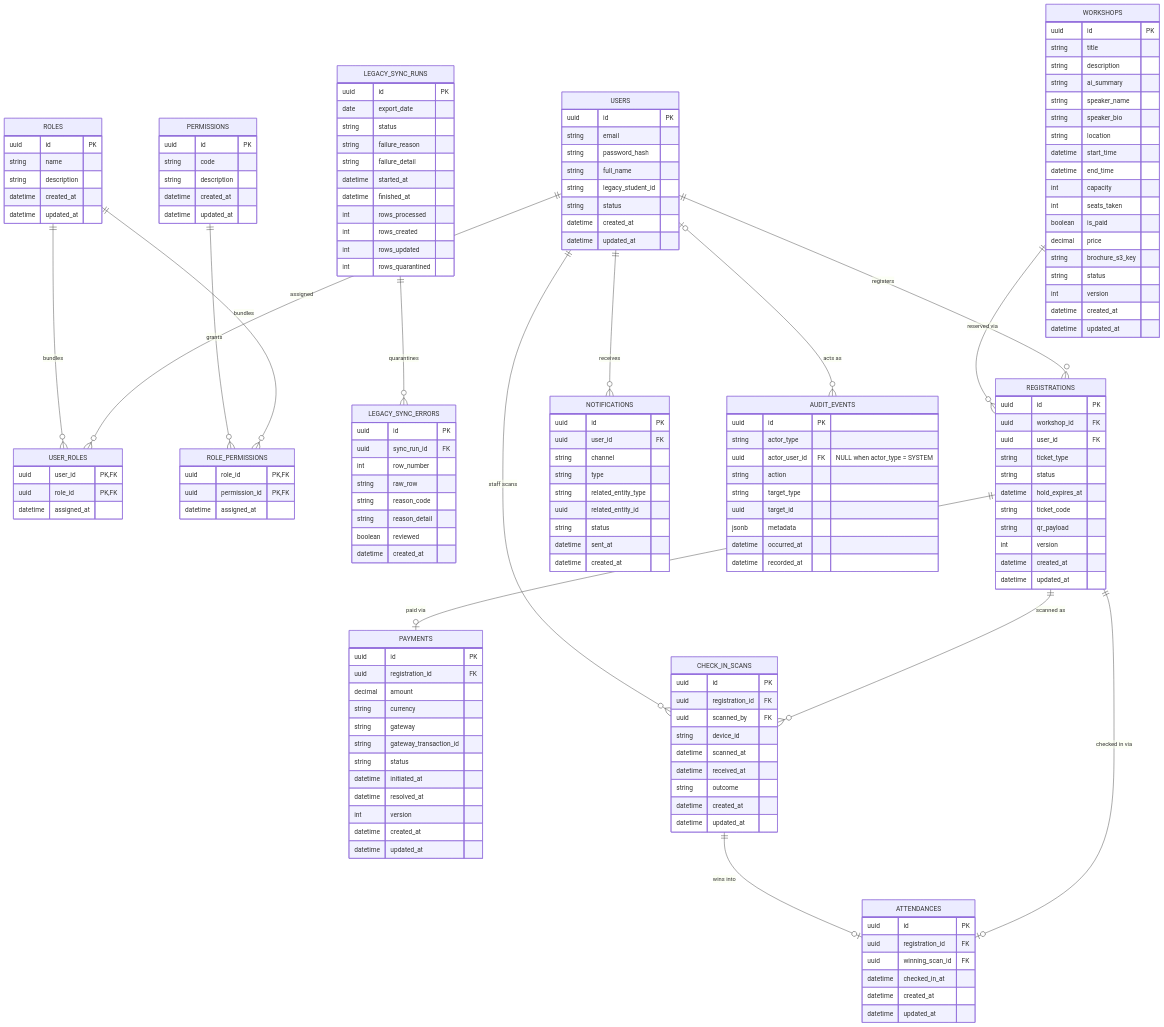
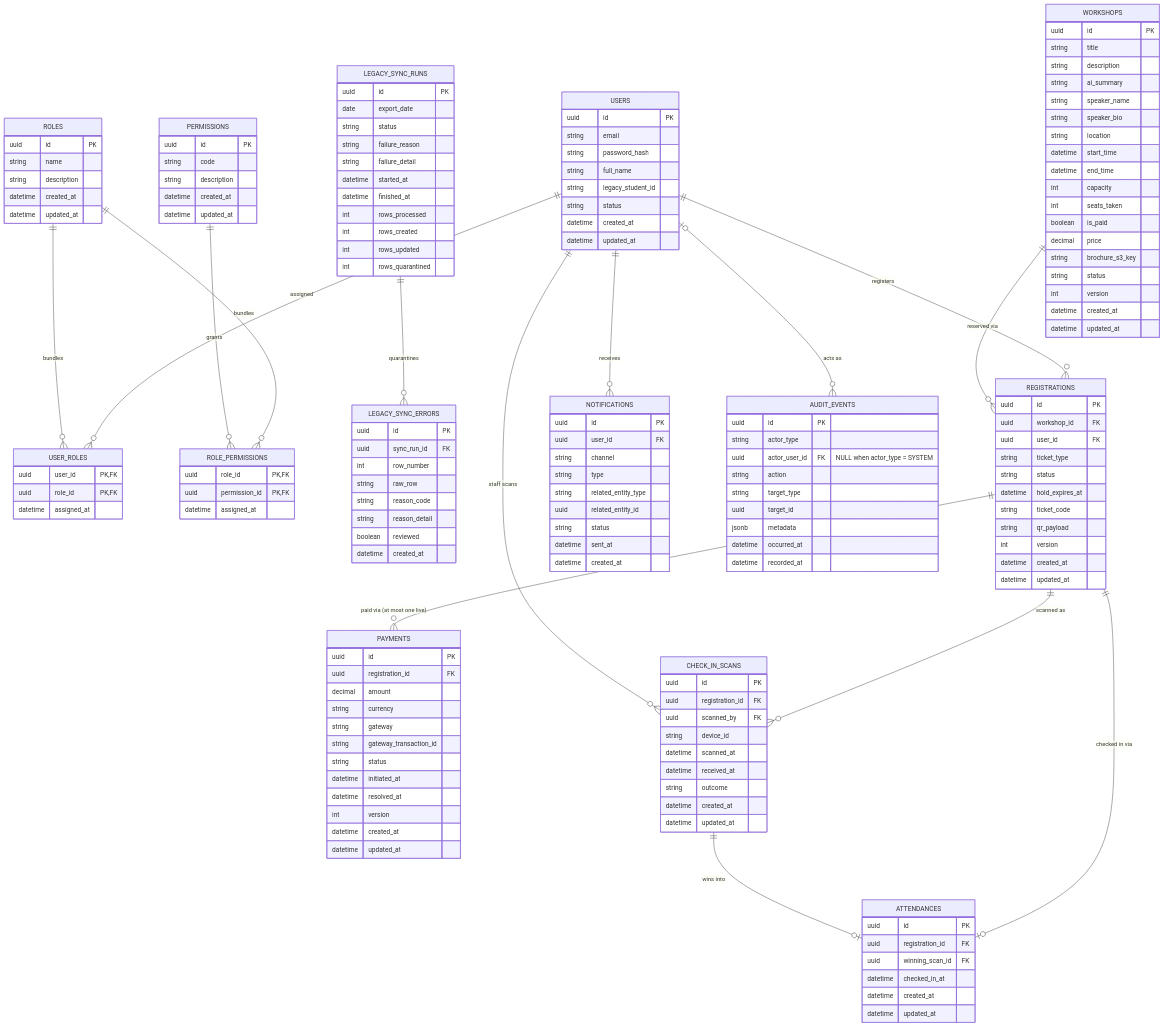
One commit to tiennt220805/UniHub changed the diagram in docs/technical-design/platform/database-schema.md. Above: the diagram before and after it, drawn with Mermaid. The commit also changed other lines of this file and 1 other file, not shown here.

First line of the commit message:
docs(schema): idempotency key per actor with Result storage; one live payment per registration

```diff
--- a/docs/technical-design/platform/database-schema.md
+++ b/docs/technical-design/platform/database-schema.md
@@ -561,7 +575,7 @@
     %% --- Relationships: business core ---
     USERS ||--o{ REGISTRATIONS : registers
     WORKSHOPS ||--o{ REGISTRATIONS : "reserved via"
-    REGISTRATIONS ||--o| PAYMENTS : "paid via"
+    REGISTRATIONS ||--o{ PAYMENTS : "paid via (at most one live)"
 
     %% --- Relationships: check-in, notification, audit ---
     REGISTRATIONS ||--o{ CHECK_IN_SCANS : "scanned as"
```
